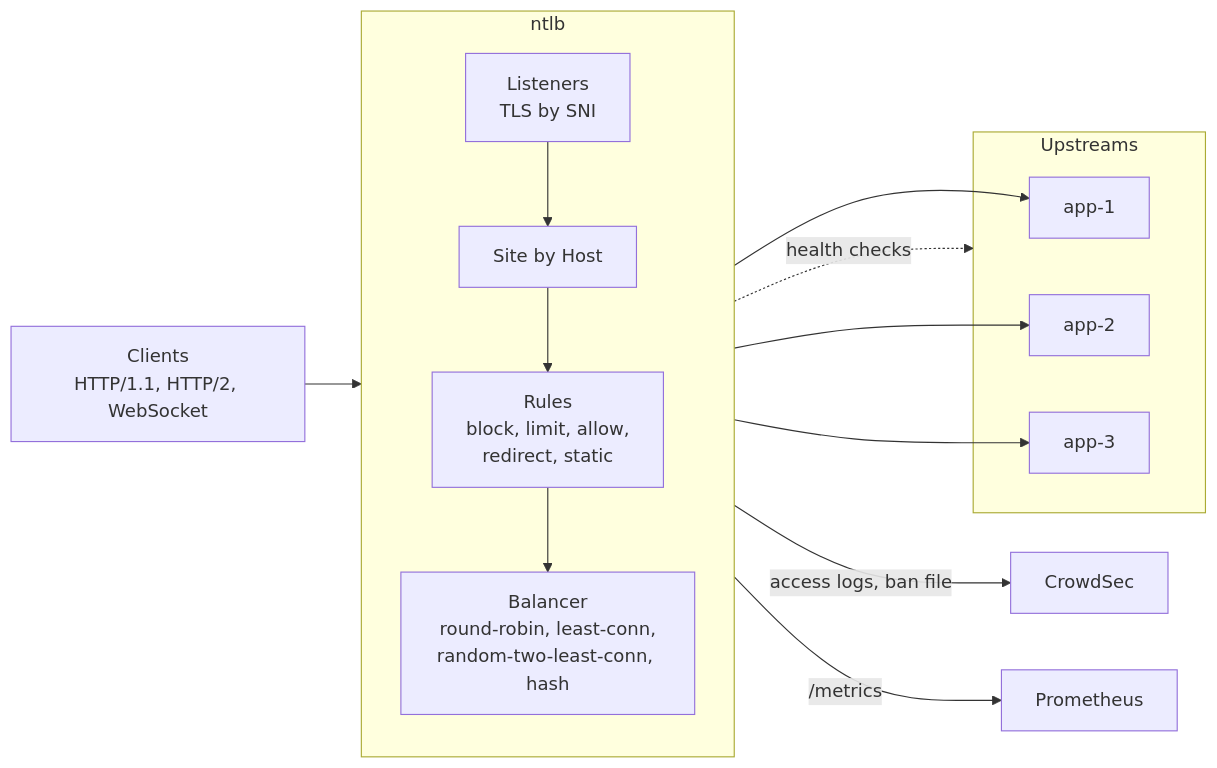
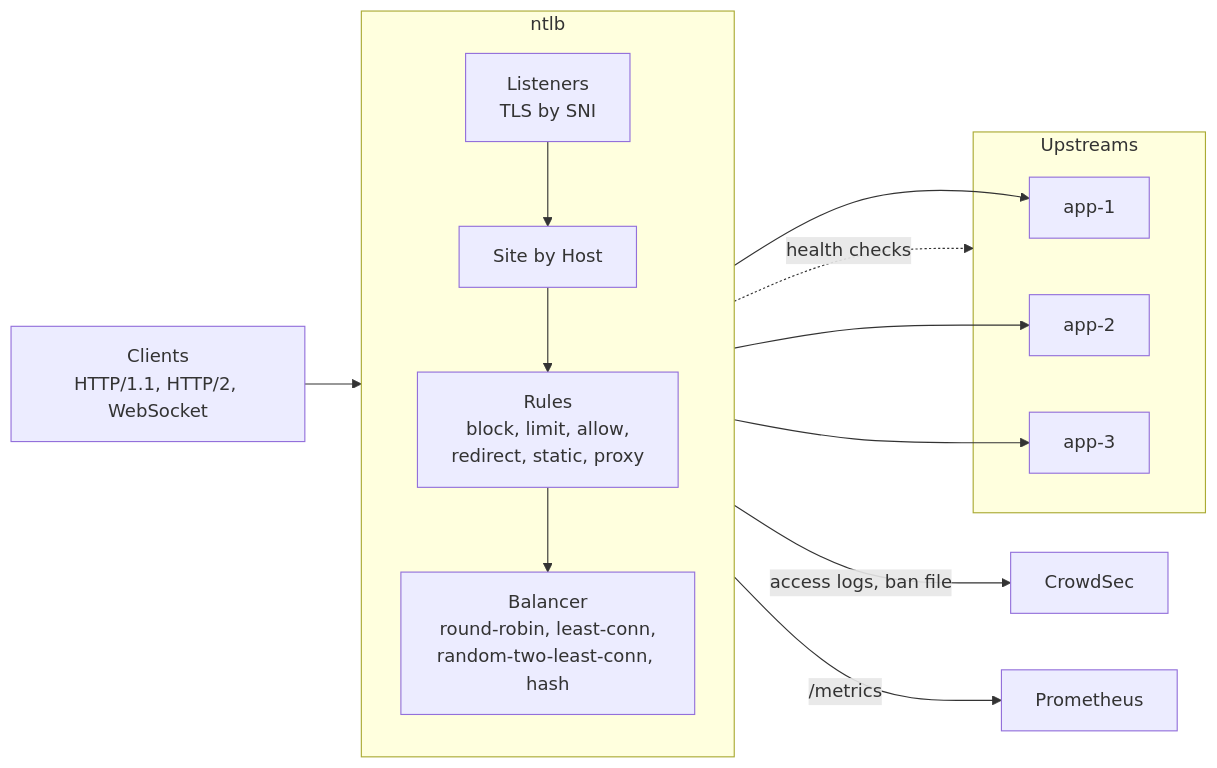
The first of 2 diagrams in README.md (binwiederhier/ntlb), drawn with Mermaid before and after one commit. The commit also changed other lines of this file and 37 other files, not shown here.

````diff
--- a/README.md
+++ b/README.md
@@ -26,22 +32,22 @@
 ```mermaid
 flowchart LR
     clients["Clients<br/>HTTP/1.1, HTTP/2, WebSocket"]
     subgraph ntlb["ntlb"]
         direction TB
         listen["Listeners<br/>TLS by SNI"] --> site["Site by Host"]
-        site --> rules["Rules<br/>block, limit, allow,<br/>redirect, static"]
+        site --> rules["Rules<br/>block, limit, allow,<br/>redirect, static, proxy"]
         rules --> pick["Balancer<br/>round-robin, least-conn,<br/>random-two-least-conn, hash"]
     end
     subgraph upstreams["Upstreams"]
         app1["app-1"]
         app2["app-2"]
         app3["app-3"]
     end
     clients --> listen
     pick --> app1
     pick --> app2
     pick --> app3
     ntlb -. "health checks" .-> upstreams
     ntlb -- "access logs, ban file" --> crowdsec["CrowdSec"]
     ntlb -- "/metrics" --> prom["Prometheus"]
 ```
````
